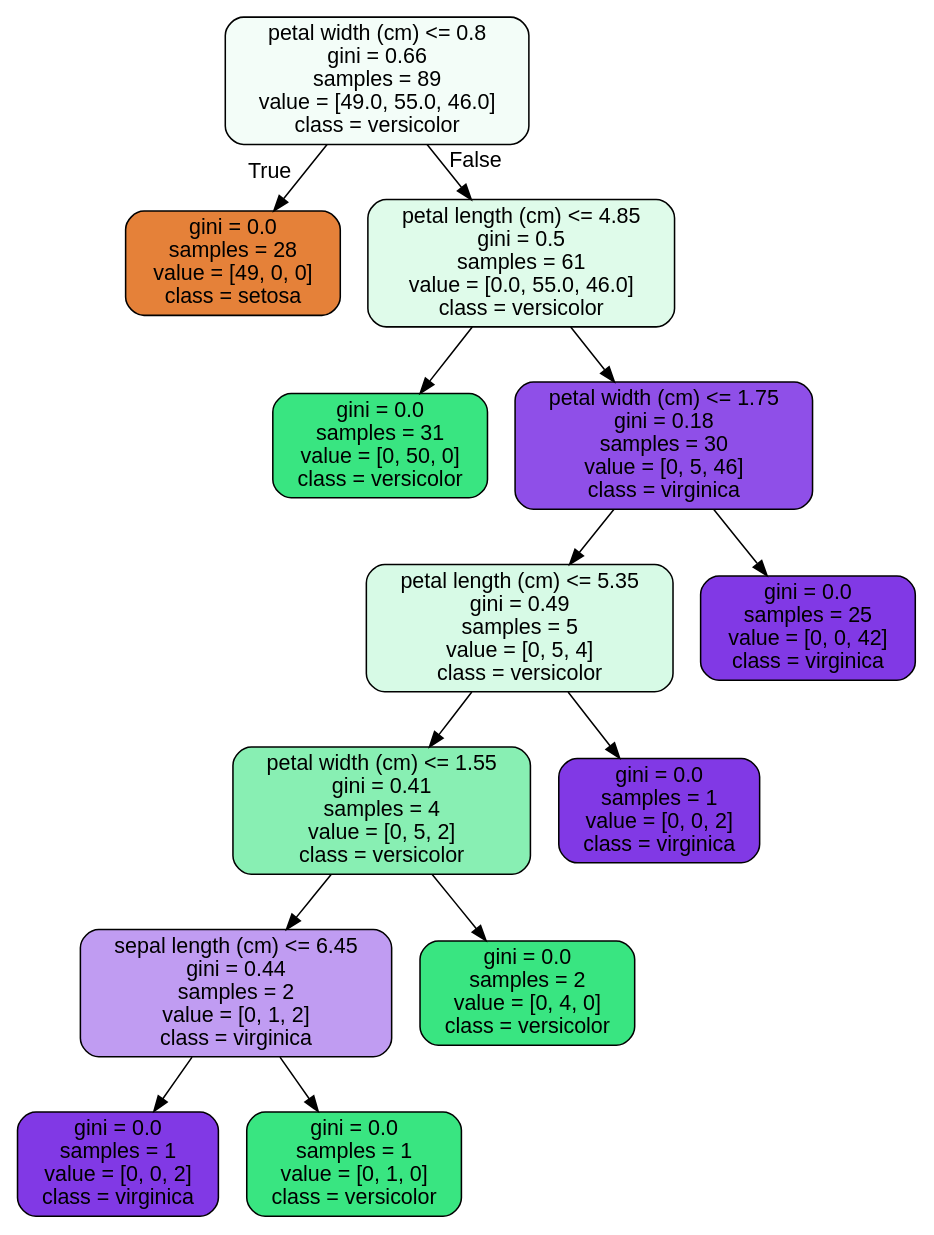
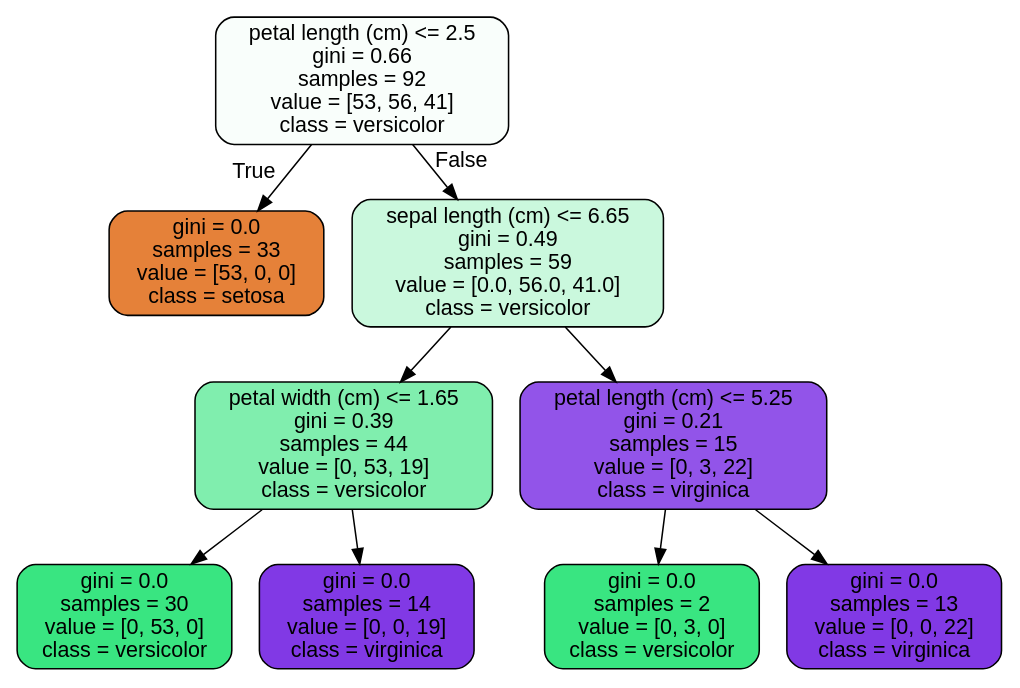
Before and after one commit to hello-oasis/springboard: the diagram in Unit_25/Case-Study-Random-Forest/tree.dot, drawn with Graphviz. The commit also changed 3 other files, not shown here.

```diff
--- a/Unit_25/Case-Study-Random-Forest/tree.dot
+++ b/Unit_25/Case-Study-Random-Forest/tree.dot
@@ -1,29 +1,21 @@
 digraph Tree {
 node [shape=box, style="filled, rounded", color="black", fontname="helvetica"] ;
 edge [fontname="helvetica"] ;
-0 [label="petal width (cm) <= 0.8\ngini = 0.66\nsamples = 89\nvalue = [49.0, 55.0, 46.0]\nclass = versicolor", fillcolor="#f3fdf8"] ;
-1 [label="gini = 0.0\nsamples = 28\nvalue = [49, 0, 0]\nclass = setosa", fillcolor="#e58139"] ;
+0 [label="petal length (cm) <= 2.5\ngini = 0.66\nsamples = 92\nvalue = [53, 56, 41]\nclass = versicolor", fillcolor="#f9fefb"] ;
+1 [label="gini = 0.0\nsamples = 33\nvalue = [53, 0, 0]\nclass = setosa", fillcolor="#e58139"] ;
 0 -> 1 [labeldistance=2.5, labelangle=45, headlabel="True"] ;
-2 [label="petal length (cm) <= 4.85\ngini = 0.5\nsamples = 61\nvalue = [0.0, 55.0, 46.0]\nclass = versicolor", fillcolor="#dffbea"] ;
+2 [label="sepal length (cm) <= 6.65\ngini = 0.49\nsamples = 59\nvalue = [0.0, 56.0, 41.0]\nclass = versicolor", fillcolor="#caf8dd"] ;
 0 -> 2 [labeldistance=2.5, labelangle=-45, headlabel="False"] ;
-3 [label="gini = 0.0\nsamples = 31\nvalue = [0, 50, 0]\nclass = versicolor", fillcolor="#39e581"] ;
+3 [label="petal width (cm) <= 1.65\ngini = 0.39\nsamples = 44\nvalue = [0, 53, 19]\nclass = versicolor", fillcolor="#80eeae"] ;
 2 -> 3 ;
-4 [label="petal width (cm) <= 1.75\ngini = 0.18\nsamples = 30\nvalue = [0, 5, 46]\nclass = virginica", fillcolor="#8f4fe8"] ;
-2 -> 4 ;
-5 [label="petal length (cm) <= 5.35\ngini = 0.49\nsamples = 5\nvalue = [0, 5, 4]\nclass = versicolor", fillcolor="#d7fae6"] ;
-4 -> 5 ;
-6 [label="petal width (cm) <= 1.55\ngini = 0.41\nsamples = 4\nvalue = [0, 5, 2]\nclass = versicolor", fillcolor="#88efb3"] ;
-5 -> 6 ;
-7 [label="sepal length (cm) <= 6.45\ngini = 0.44\nsamples = 2\nvalue = [0, 1, 2]\nclass = virginica", fillcolor="#c09cf2"] ;
+4 [label="gini = 0.0\nsamples = 30\nvalue = [0, 53, 0]\nclass = versicolor", fillcolor="#39e581"] ;
+3 -> 4 ;
+5 [label="gini = 0.0\nsamples = 14\nvalue = [0, 0, 19]\nclass = virginica", fillcolor="#8139e5"] ;
+3 -> 5 ;
+6 [label="petal length (cm) <= 5.25\ngini = 0.21\nsamples = 15\nvalue = [0, 3, 22]\nclass = virginica", fillcolor="#9254e9"] ;
+2 -> 6 ;
+7 [label="gini = 0.0\nsamples = 2\nvalue = [0, 3, 0]\nclass = versicolor", fillcolor="#39e581"] ;
 6 -> 7 ;
-8 [label="gini = 0.0\nsamples = 1\nvalue = [0, 0, 2]\nclass = virginica", fillcolor="#8139e5"] ;
-7 -> 8 ;
-9 [label="gini = 0.0\nsamples = 1\nvalue = [0, 1, 0]\nclass = versicolor", fillcolor="#39e581"] ;
-7 -> 9 ;
-10 [label="gini = 0.0\nsamples = 2\nvalue = [0, 4, 0]\nclass = versicolor", fillcolor="#39e581"] ;
-6 -> 10 ;
-11 [label="gini = 0.0\nsamples = 1\nvalue = [0, 0, 2]\nclass = virginica", fillcolor="#8139e5"] ;
-5 -> 11 ;
-12 [label="gini = 0.0\nsamples = 25\nvalue = [0, 0, 42]\nclass = virginica", fillcolor="#8139e5"] ;
-4 -> 12 ;
+8 [label="gini = 0.0\nsamples = 13\nvalue = [0, 0, 22]\nclass = virginica", fillcolor="#8139e5"] ;
+6 -> 8 ;
 }
```
